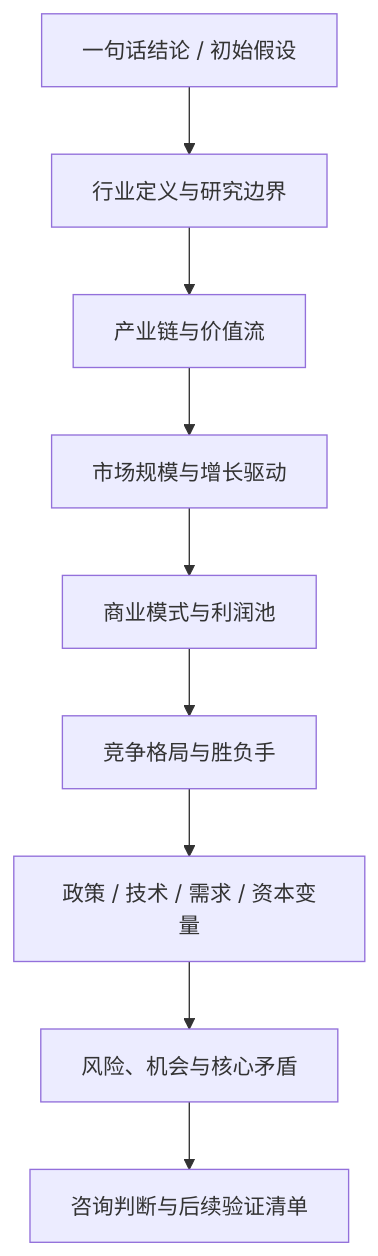
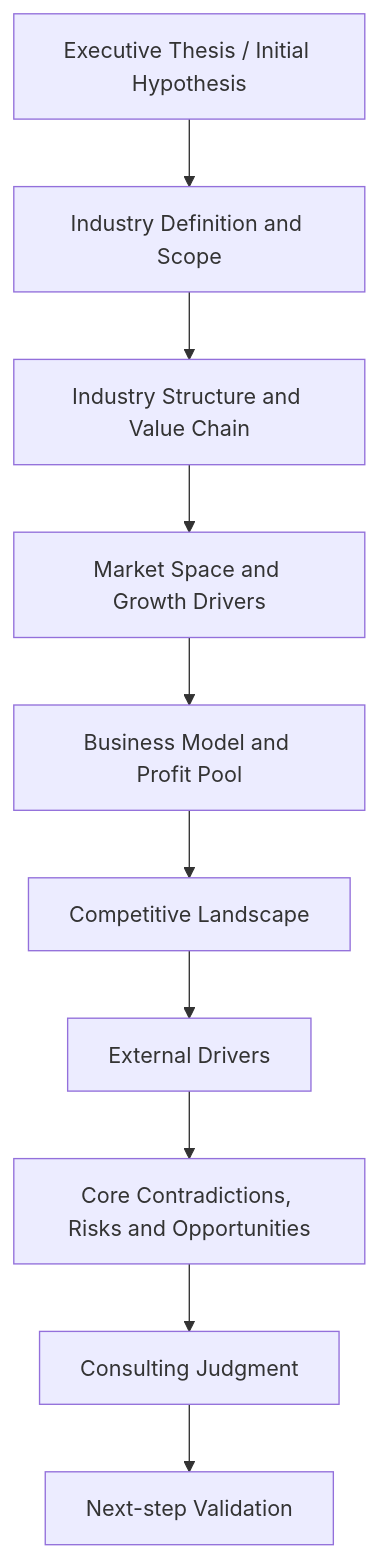
One commit to 111syq/7 changed the first of 2 diagrams in quick-industry-research/SKILL.md. Above: the diagram before and after it, drawn with Mermaid. The commit also changed other lines of this file and 4 other files, not shown here.

````diff
--- a/quick-industry-research/SKILL.md
+++ b/quick-industry-research/SKILL.md
@@ -32,11 +22,12 @@
 ```mermaid
 flowchart TD
-  A["一句话结论 / 初始假设"] --> B["行业定义与研究边界"]
-  B --> C["产业链与价值流"]
-  C --> D["市场规模与增长驱动"]
-  D --> E["商业模式与利润池"]
-  E --> F["竞争格局与胜负手"]
-  F --> G["政策 / 技术 / 需求 / 资本变量"]
-  G --> H["风险、机会与核心矛盾"]
-  H --> I["咨询判断与后续验证清单"]
+  A["Executive Thesis / Initial Hypothesis"] --> B["Industry Definition and Scope"]
+  B --> C["Industry Structure and Value Chain"]
+  C --> D["Market Space and Growth Drivers"]
+  D --> E["Business Model and Profit Pool"]
+  E --> F["Competitive Landscape"]
+  F --> G["External Drivers"]
+  G --> H["Core Contradictions, Risks and Opportunities"]
+  H --> I["Consulting Judgment"]
+  I --> J["Next-step Validation"]
 ```
````
